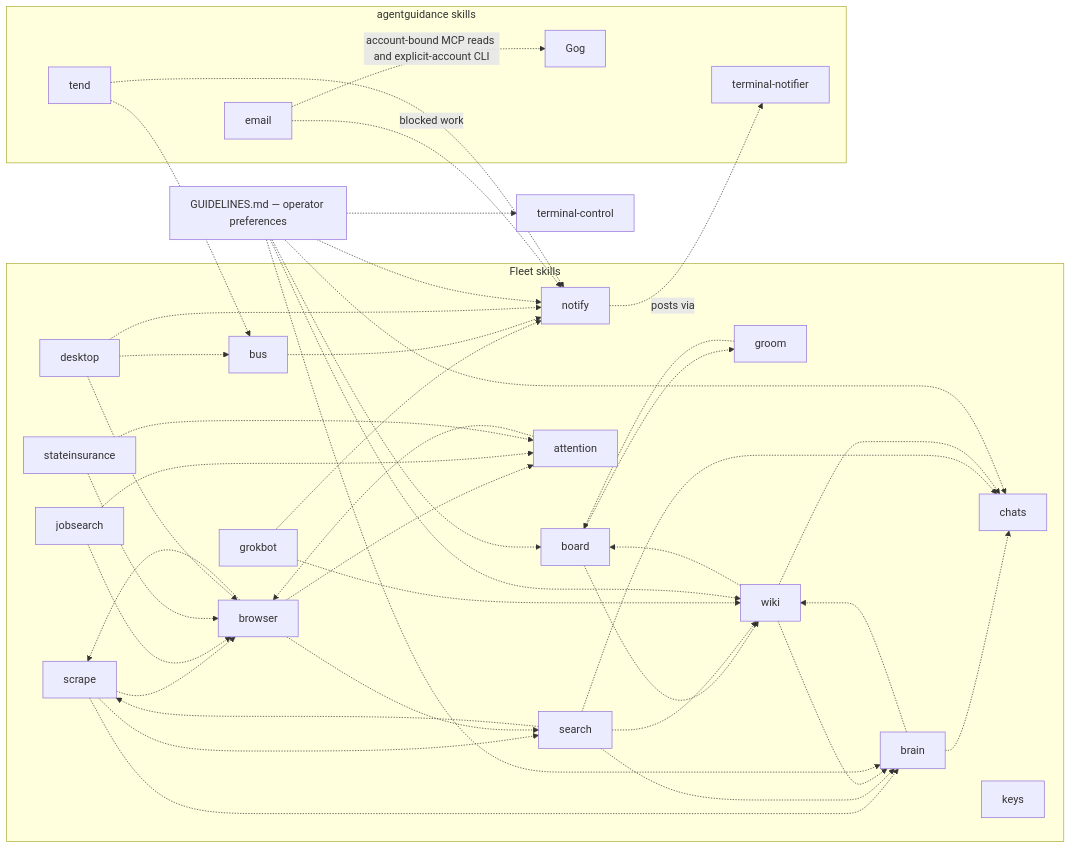
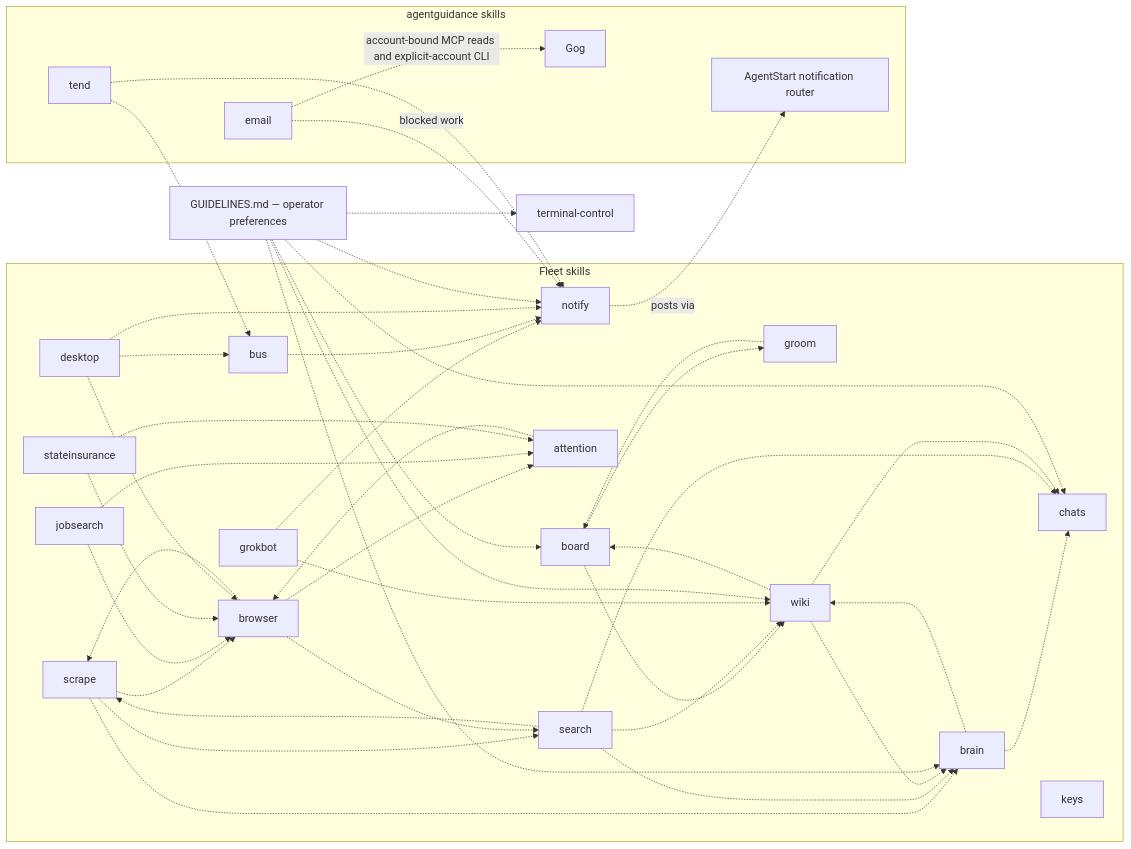
One commit to possibilities/agentstart changed the third of 3 diagrams in skills/fleet/MAP.md. Above: the diagram before and after it, drawn with Mermaid. The commit also changed other lines of this file and 11 other files, not shown here.

Commit message:
Route terminal-notifier through AgentNotify with native fallback

````diff
--- a/skills/fleet/MAP.md
+++ b/skills/fleet/MAP.md
@@ -135,33 +135,33 @@
 ```mermaid
 flowchart LR
     subgraph fleetSkills [Fleet skills]
         board -.-> groom & wiki
         groom -.-> board
         brain -.-> chats & wiki
         scrape -.-> brain & browser & search
         search -.-> brain & chats & scrape & wiki
         browser -.-> attention & scrape & search
         attention -.-> browser
         jobsearch -.-> attention & browser
         stateinsurance -.-> attention & browser
         wiki -.-> board & brain & chats
         desktop -.-> browser & bus
         grokbot -.-> notify & wiki
         chats
         keys
         bus
     end
 
     subgraph guidanceSkills [agentguidance skills]
-        notify -.->|posts via| notifierCli[terminal-notifier]
+        notify -.->|posts via| notifierCli[AgentStart notification router]
         email -.->|account-bound MCP reads and explicit-account CLI| gog[Gog]
         email -.->|blocked work| notify
         tend[tend] -.-> notify
         tend -.-> bus
     end
 
     bus -.-> notify
     desktop -.-> notify
 
     guidelines[GUIDELINES.md — operator preferences] -.-> brain & chats & board & notify & wiki & terminalControl[terminal-control]
 ```
````
